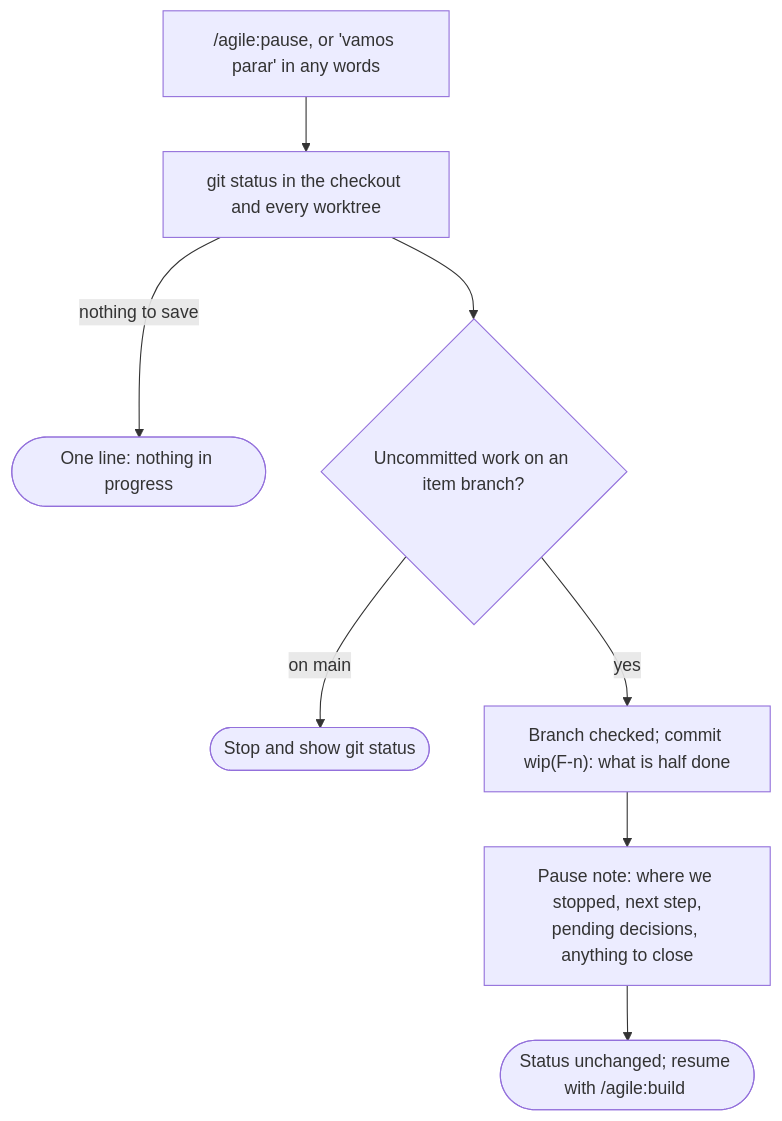
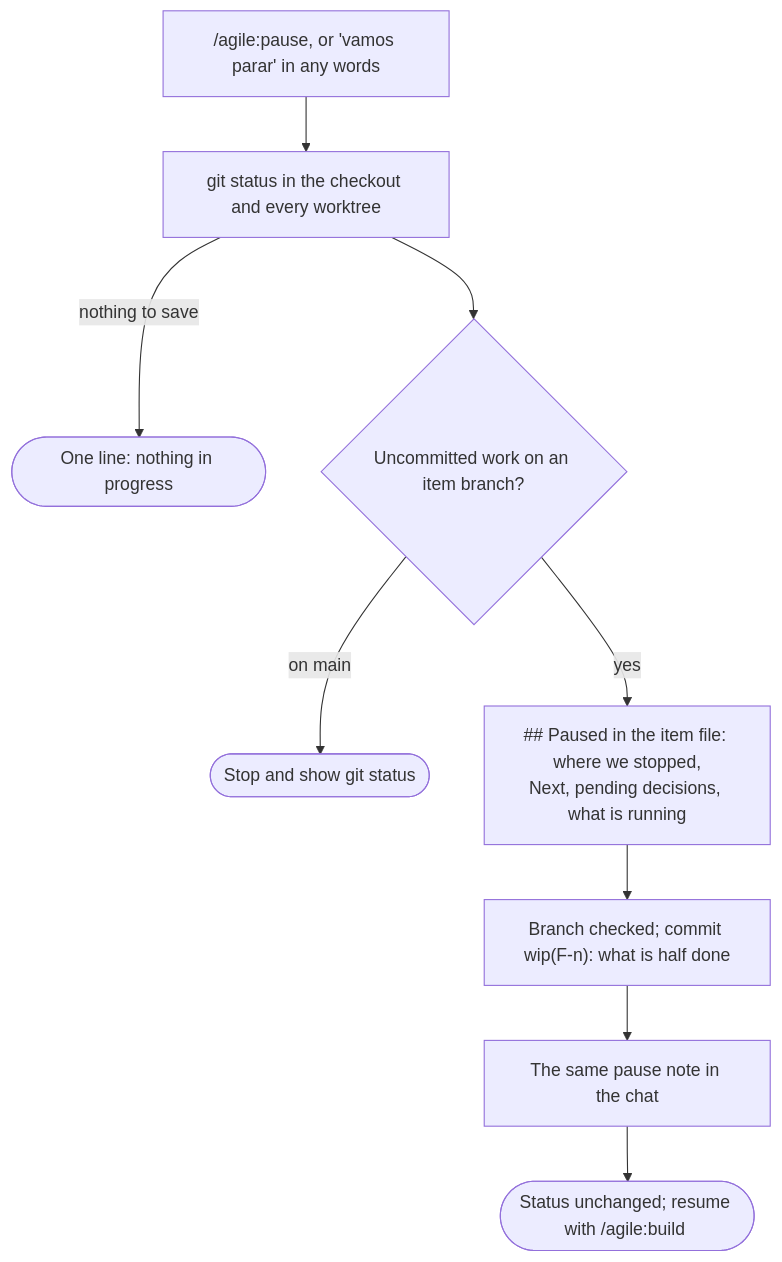
Before and after one commit to alexcanario/simulab: diagram 15 of 21 in docs/agile/workflow.md, drawn with Mermaid. The commit also changed other lines of this file and 15 other files, not shown here.

````diff
--- a/docs/agile/workflow.md
+++ b/docs/agile/workflow.md
@@ -3376,10 +3913,11 @@
 ```mermaid
 flowchart TD
     A["/agile:pause, or 'vamos parar' in any words"] --> B["git status in the checkout and every worktree"]
     B -->|nothing to save| B1(["One line: nothing in progress"])
     B --> C{"Uncommitted work on an item branch?"}
     C -->|on main| C1(["Stop and show git status"])
-    C -->|yes| D["Branch checked; commit wip(F-n): what is half done"]
-    D --> E["Pause note: where we stopped, next step,<br/>pending decisions, anything to close"]
+    C -->|yes| P["## Paused in the item file: where we stopped,<br/>Next, pending decisions, what is running"]
+    P --> D["Branch checked; commit wip(F-n): what is half done"]
+    D --> E["The same pause note in the chat"]
     E --> F(["Status unchanged; resume with /agile:build <id>"])
 ```
````
